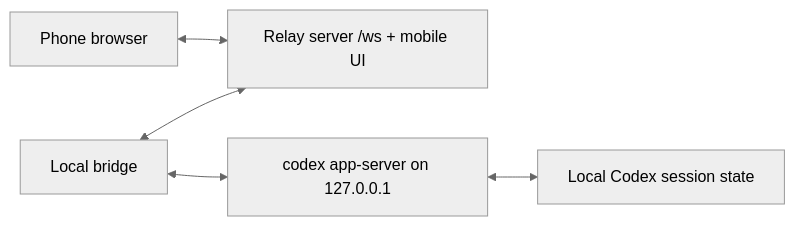
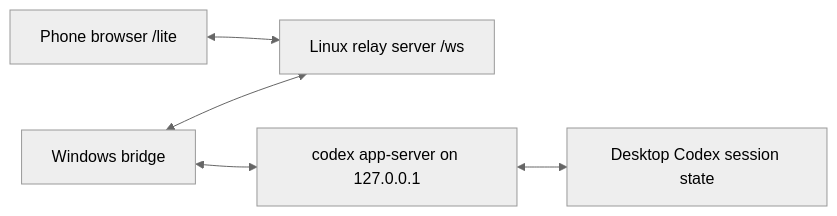
One commit to 2835968102/codexproxy changed the diagram in README.md. Above: the diagram before and after it, drawn with Mermaid (neutral theme). The commit also changed other lines of this file, not shown here.

Commit message:
Split Linux and Windows deployment docs

````diff
--- a/README.md
+++ b/README.md
@@ -13,7 +15,7 @@
 ```mermaid
 flowchart LR
-  Phone["Phone browser"] <--> Relay["Relay server /ws + mobile UI"]
-  Bridge["Local bridge"] <--> Relay
+  Phone["Phone browser /lite"] <--> Relay["Linux relay server /ws"]
+  Bridge["Windows bridge"] <--> Relay
   Bridge <--> AppServer["codex app-server on 127.0.0.1"]
-  AppServer <--> Codex["Local Codex session state"]
+  AppServer <--> Codex["Desktop Codex session state"]
 ```
````
